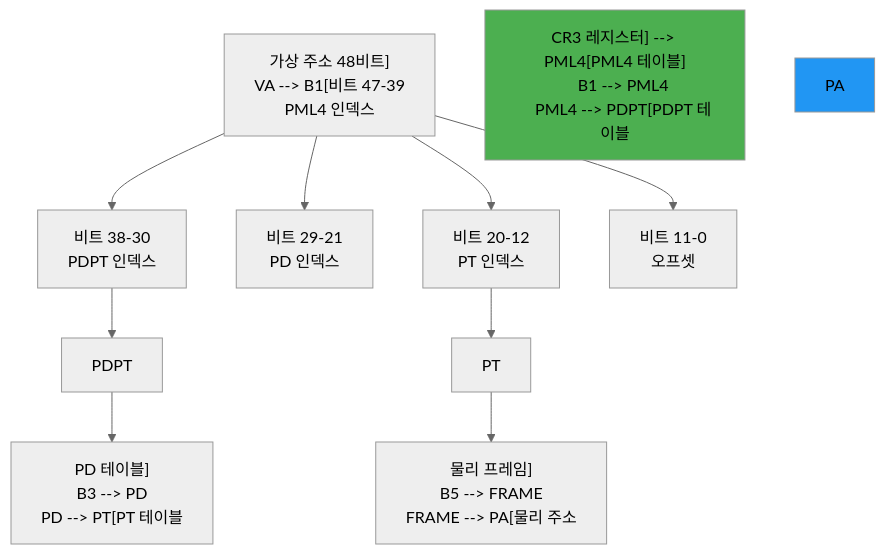
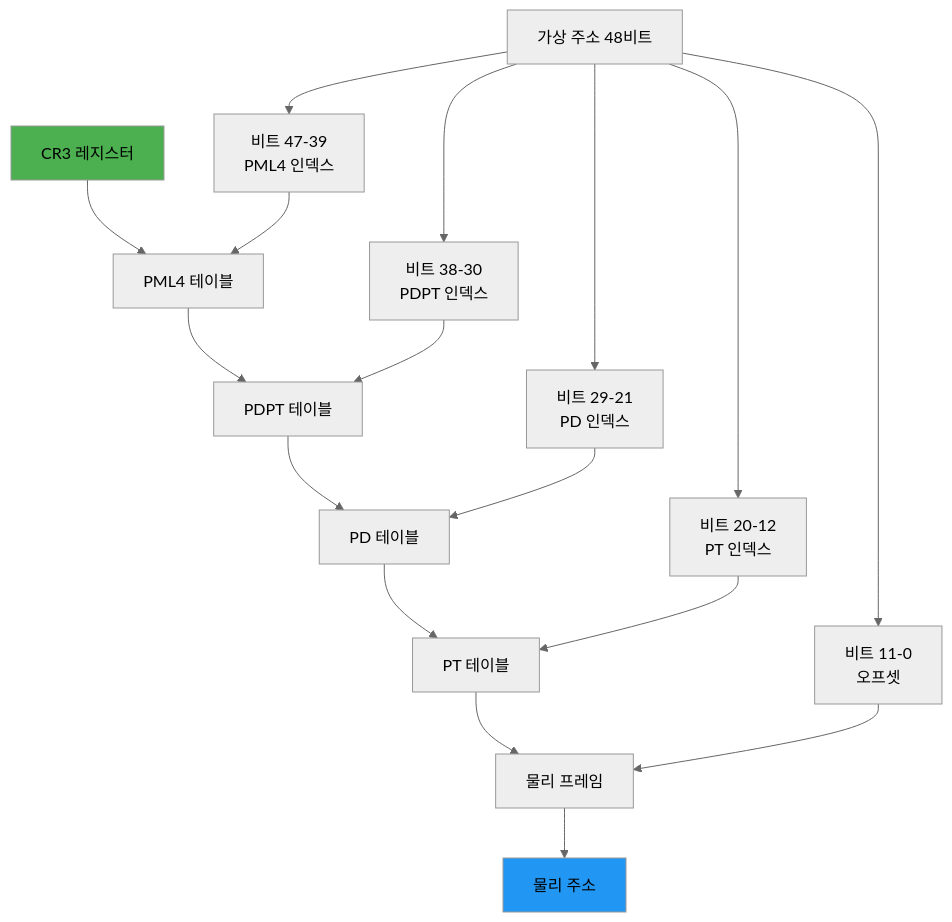
Before and after one commit to choru-k/choru-wiki: the second of 2 diagrams in docs/cs/guide/chapter-03-memory-system/03-02-01-address-translation.md, drawn with Mermaid (neutral theme). The commit also changed 15 other files, not shown here.

First line of the commit message:
fix: resolve all Mermaid diagram syntax errors in Chapter 3 Memory System

````diff
--- a/docs/cs/guide/chapter-03-memory-system/03-02-01-address-translation.md
+++ b/docs/cs/guide/chapter-03-memory-system/03-02-01-address-translation.md
@@ -214,29 +214,29 @@
 ```mermaid
 graph TD
-    VA["가상 주소 48비트]
-    VA --> B1[비트 47-39
-PML4 인덱스"]
+    VA["가상 주소 48비트"]
+    VA --> B1["비트 47-39
+    PML4 인덱스"]
     VA --> B2["비트 38-30
-PDPT 인덱스"]
+    PDPT 인덱스"]
     VA --> B3["비트 29-21
-PD 인덱스"]
+    PD 인덱스"]
     VA --> B4["비트 20-12
-PT 인덱스"]
+    PT 인덱스"]
     VA --> B5["비트 11-0
-오프셋"]
+    오프셋"]
 
-    CR3["CR3 레지스터] --> PML4[PML4 테이블]
+    CR3["CR3 레지스터"] --> PML4["PML4 테이블"]
     B1 --> PML4
-    PML4 --> PDPT[PDPT 테이블"]
+    PML4 --> PDPT["PDPT 테이블"]
     B2 --> PDPT
-    PDPT --> PD["PD 테이블]
+    PDPT --> PD["PD 테이블"]
     B3 --> PD
-    PD --> PT[PT 테이블"]
+    PD --> PT["PT 테이블"]
     B4 --> PT
-    PT --> FRAME["물리 프레임]
+    PT --> FRAME["물리 프레임"]
     B5 --> FRAME
-    FRAME --> PA[물리 주소"]
+    FRAME --> PA["물리 주소"]
 
     style CR3 fill:#4CAF50
     style PA fill:#2196F3
 ```
````
